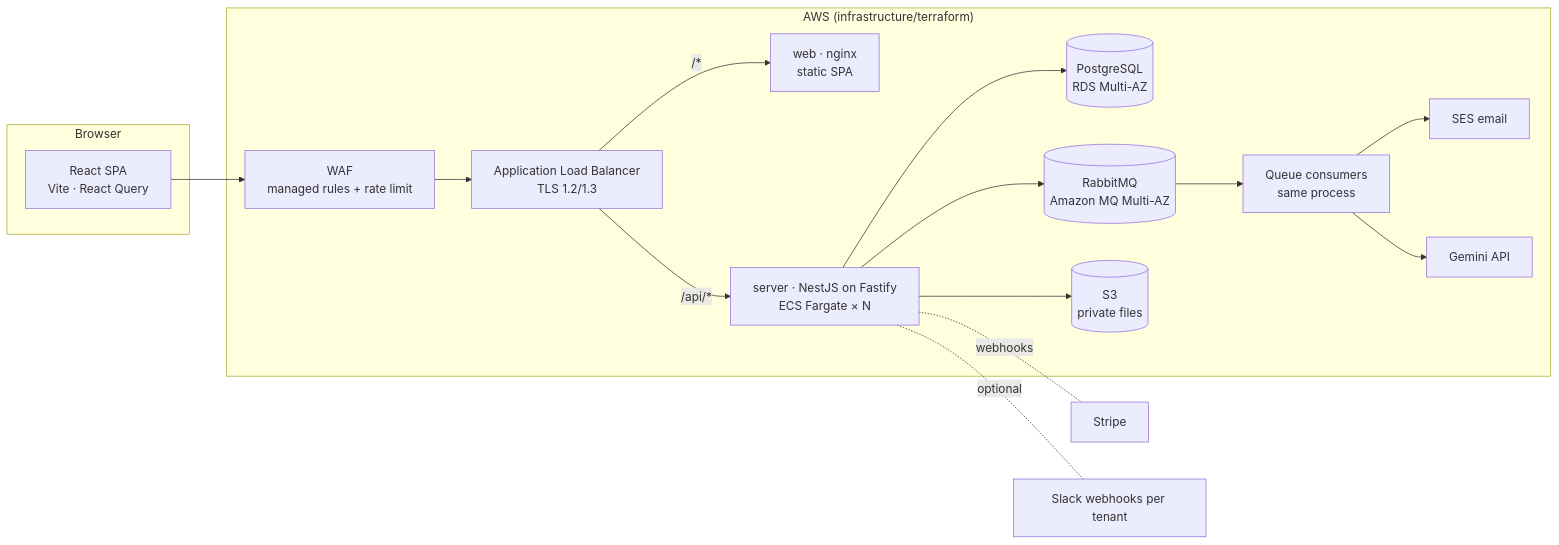
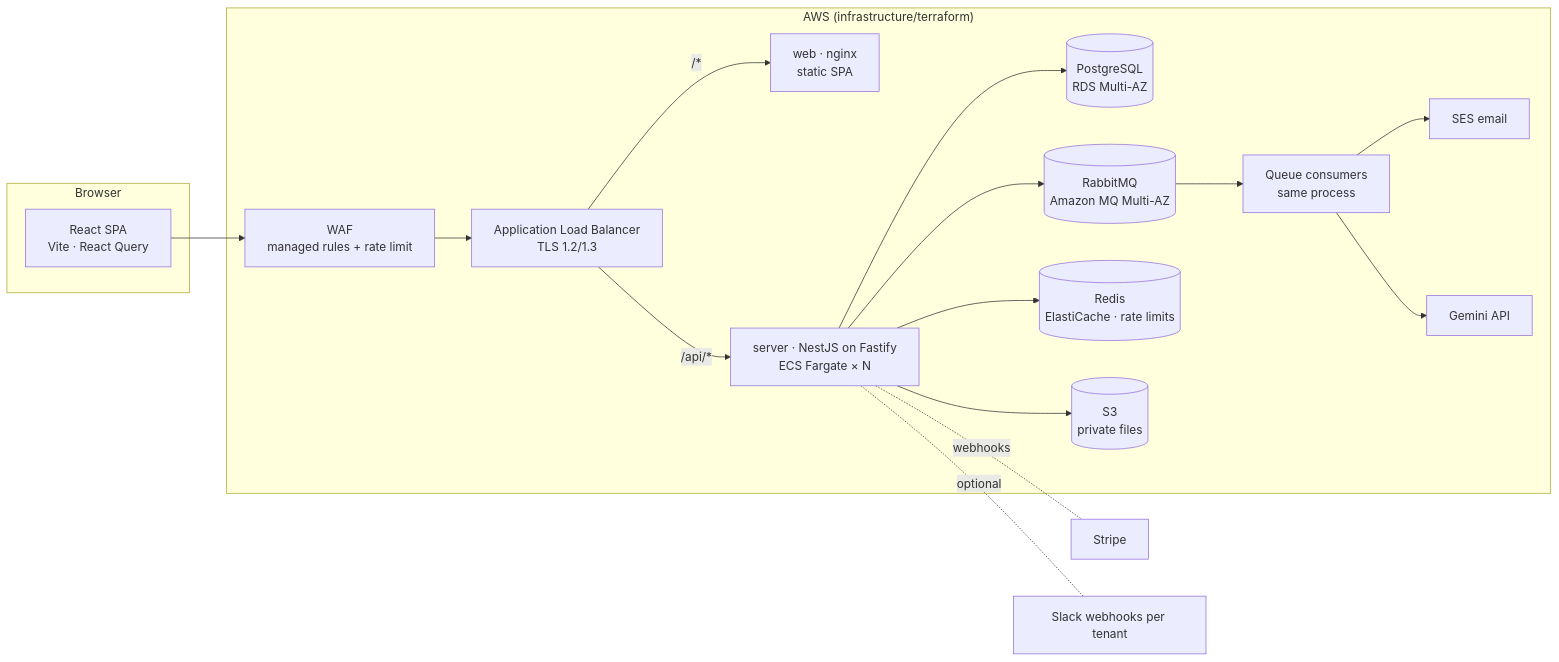
Before and after one commit to mky120799/HRMS-PORTAL: the first of 4 diagrams in docs/ARCHITECTURE.md, drawn with Mermaid. The commit also changed other lines of this file and 41 other files, not shown here.

````diff
--- a/docs/ARCHITECTURE.md
+++ b/docs/ARCHITECTURE.md
@@ -8,20 +8,21 @@
 ```mermaid
 flowchart LR
   subgraph Browser
     SPA[React SPA<br/>Vite · React Query]
   end
   subgraph AWS["AWS (infrastructure/terraform)"]
     WAF[WAF<br/>managed rules + rate limit] --> ALB[Application Load Balancer<br/>TLS 1.2/1.3]
     ALB -- "/*" --> WEB[web · nginx<br/>static SPA]
     ALB -- "/api/*" --> API[server · NestJS on Fastify<br/>ECS Fargate × N]
     API --> PG[(PostgreSQL<br/>RDS Multi-AZ)]
     API --> MQ[(RabbitMQ<br/>Amazon MQ Multi-AZ)]
+    API --> RD[(Redis<br/>ElastiCache · rate limits)]
     MQ --> WK[Queue consumers<br/>same process]
     API --> S3[(S3<br/>private files)]
     WK --> SES[SES email]
     WK --> GEM[Gemini API]
   end
   SPA --> WAF
   API -. webhooks .- STRIPE[Stripe]
   API -. optional .- SLACK[Slack webhooks per tenant]
 ```
````
